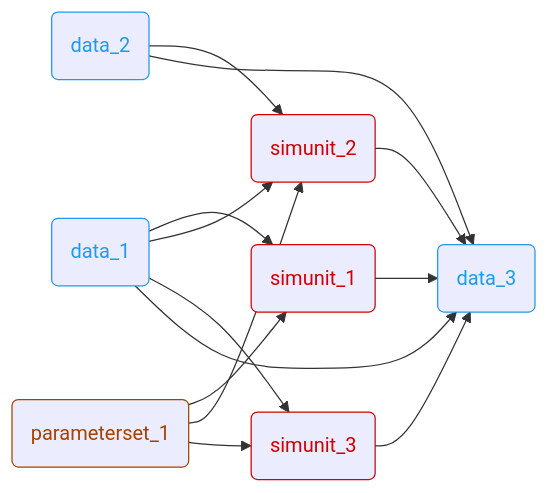
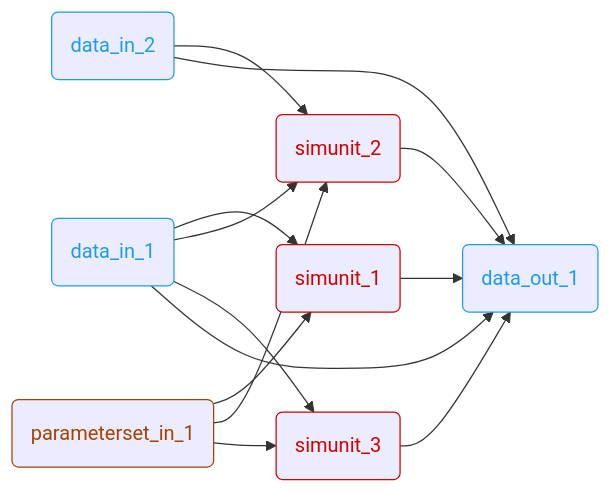
Before and after one commit to olympus-tools/ARES: the second of 2 diagrams in examples/README.md, drawn with Mermaid. The commit also changed other lines of this file and 2 other files, not shown here.

Commit message:
AC: vstack pattern implementation in example 1 | renaming of data/parameter elemetns

````diff
--- a/examples/README.md
+++ b/examples/README.md
@@ -106,28 +101,23 @@
 ```mermaid
 flowchart LR
-    PARAM1(parameterset_1) --> SIM1(simunit_1)
-    PARAM1 --> SIM2(simunit_2)
-    PARAM1 --> SIM3(simunit_3)
-    DATA1(data_1) --> SIM1
-    DATA1 --> SIM2
-    DATA1 --> SIM3
-    DATA2(data_2) --> SIM2
-    DATA1 --> DATA3(data_3)
-    DATA2 --> DATA3
-    SIM1 --> DATA3
-    SIM2 --> DATA3
-    SIM3 --> DATA3
+    parameterset_in_1(parameterset_in_1) --> simunit_1(simunit_1)
+    parameterset_in_1 --> simunit_2(simunit_2)
+    parameterset_in_1 --> simunit_3(simunit_3)
+    data_in_1(data_in_1) --> simunit_1
+    data_in_1 --> simunit_2
+    data_in_1 --> simunit_3
+    data_in_2(data_in_2) --> simunit_2
+    data_in_1 --> data_out_1(data_out_1)
+    data_in_2 --> data_out_1
+    simunit_1 --> data_out_1
+    simunit_2 --> data_out_1
+    simunit_3 --> data_out_1
 
     classDef Parameters     color:#a44300, stroke:#a44300;
     classDef Data           color:#1e9bec, stroke:#1e9bec;
     classDef SW_Unit        color:#d30000, stroke:#d30000;
-    classDef Plugin         color:#e5d300, stroke:#e5d300;
 
-    class PARAM1 Parameters;
-    class DATA1 Data;
-    class DATA2 Data;
-    class DATA3 Data;
-    class SIM1 SW_Unit;
-    class SIM2 SW_Unit;
-    class SIM3 SW_Unit;
+    class parameterset_in_1 Parameters;
+    class data_in_1,data_in_2,data_out_1 Data;
+    class simunit_1,simunit_2,simunit_3 SW_Unit;
 ```
````
